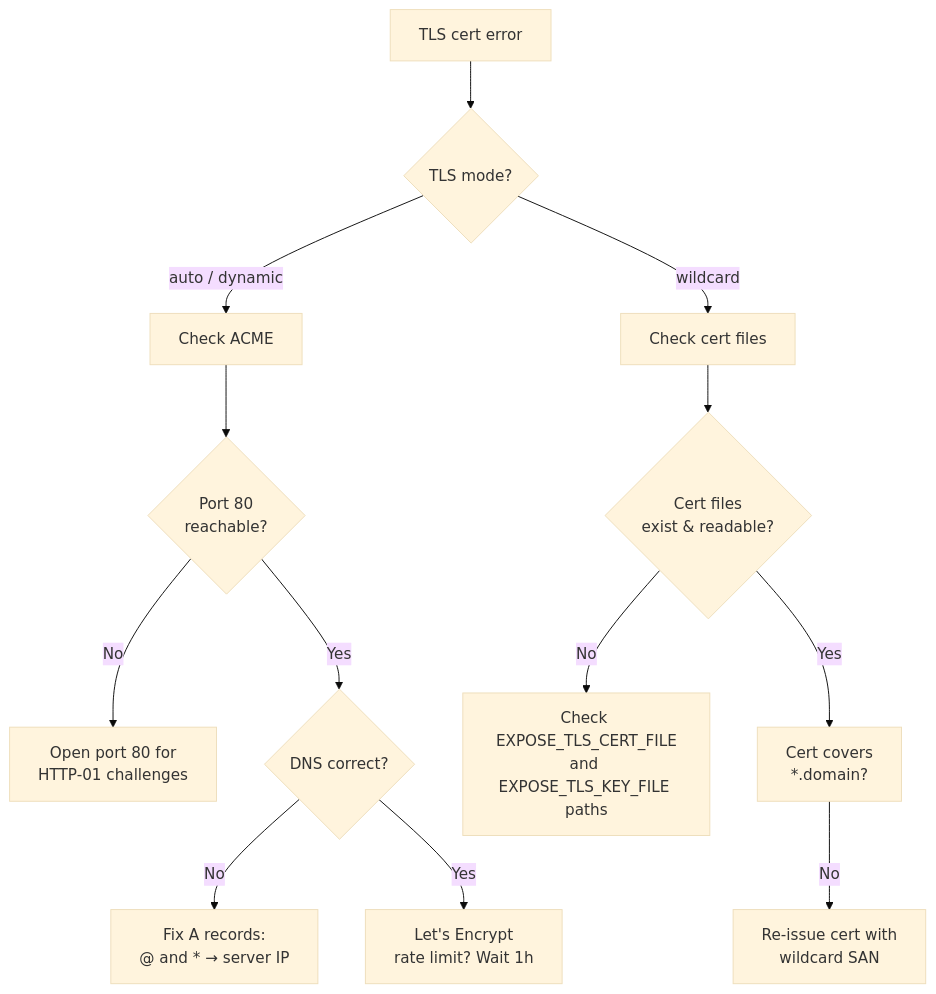
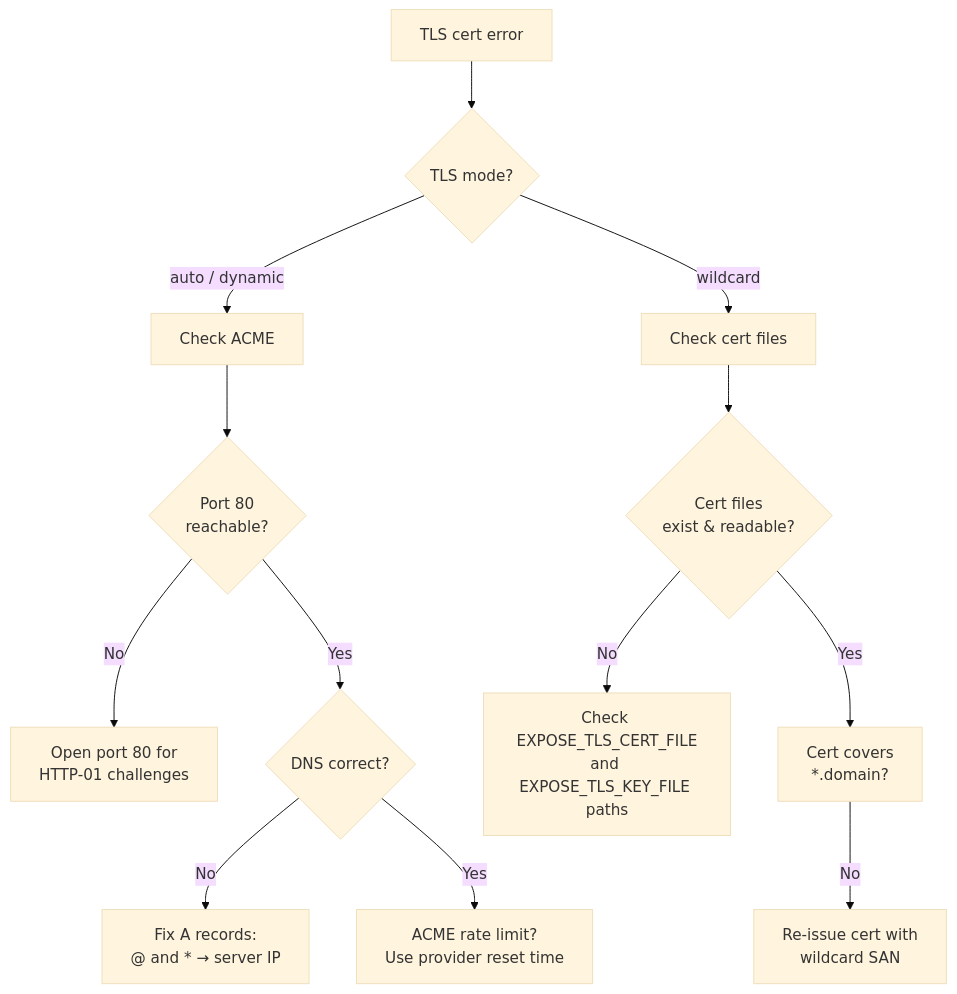
One commit to koltyakov/expose changed the diagram in docs/troubleshooting.md. Above: the diagram before and after it, drawn with Mermaid (base theme). The commit also changed other lines of this file and 24 other files, not shown here.

````diff
--- a/docs/troubleshooting.md
+++ b/docs/troubleshooting.md
@@ -22,15 +22,15 @@
 ```mermaid
 flowchart TD
     Err["TLS cert error"] --> Mode{"TLS mode?"}
     Mode -- "auto / dynamic" --> ACME["Check ACME"]
     Mode -- "wildcard" --> Cert["Check cert files"]
     ACME --> Port80{"Port 80<br/>reachable?"}
     Port80 -- No --> Fix1["Open port 80 for<br/>HTTP-01 challenges"]
     Port80 -- Yes --> DNS{"DNS correct?"}
     DNS -- No --> Fix2["Fix A records:<br/>@ and * → server IP"]
-    DNS -- Yes --> Rate["Let's Encrypt<br/>rate limit? Wait 1h"]
+    DNS -- Yes --> Rate["ACME rate limit?<br/>Use provider reset time"]
     Cert --> Files{"Cert files<br/>exist & readable?"}
     Files -- No --> Fix3["Check EXPOSE_TLS_CERT_FILE<br/>and EXPOSE_TLS_KEY_FILE paths"]
     Files -- Yes --> SANs["Cert covers<br/>*.domain?"]
     SANs -- No --> Fix4["Re-issue cert with<br/>wildcard SAN"]
 ```
````
